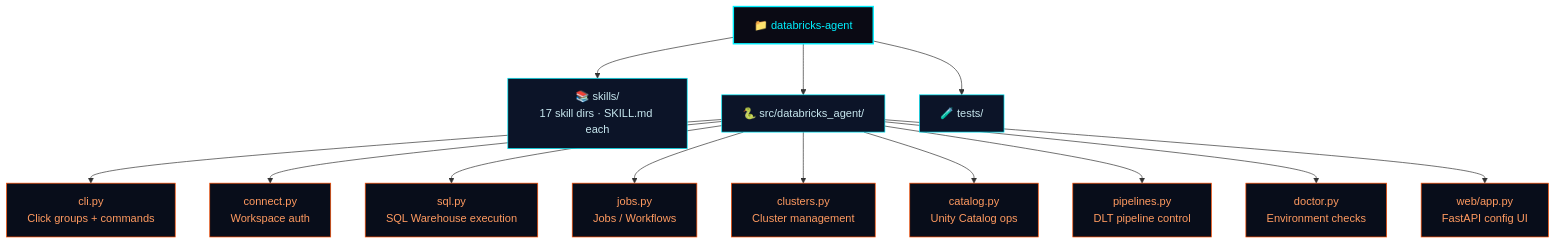
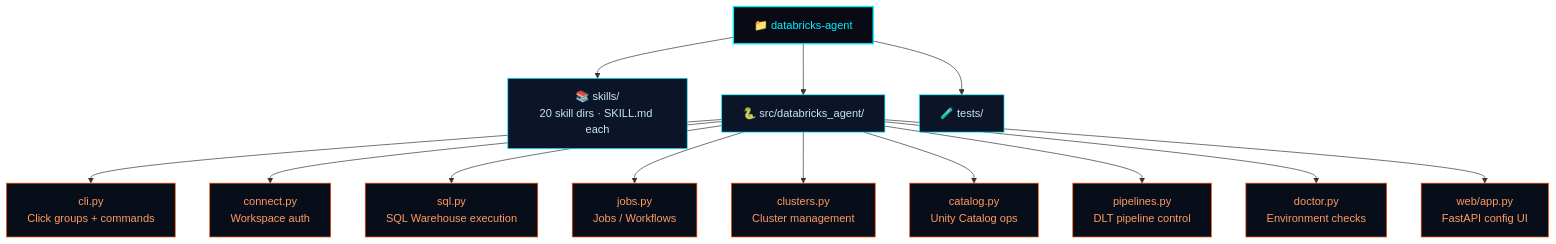
One commit to santoshkanthety/databricks-agent changed the sixth of 6 diagrams in README.md. Above: the diagram before and after it, drawn with Mermaid. The commit also changed other lines of this file and 7 other files, not shown here.

````diff
--- a/README.md
+++ b/README.md
@@ -448,22 +467,22 @@
 ```mermaid
 flowchart TD
     ROOT["📁 databricks-agent"]:::root
 
-    ROOT --> SKILLS["📚 skills/\n17 skill dirs · SKILL.md each"]:::layer
+    ROOT --> SKILLS["📚 skills/\n20 skill dirs · SKILL.md each"]:::layer
     ROOT --> SRC["🐍 src/databricks_agent/"]:::layer
     ROOT --> TESTS["🧪 tests/"]:::layer
 
     SRC --> CLI["cli.py\nClick groups + commands"]:::mod
     SRC --> CONN["connect.py\nWorkspace auth"]:::mod
     SRC --> SQLM["sql.py\nSQL Warehouse execution"]:::mod
     SRC --> JOBSM["jobs.py\nJobs / Workflows"]:::mod
     SRC --> CLUS["clusters.py\nCluster management"]:::mod
     SRC --> CAT["catalog.py\nUnity Catalog ops"]:::mod
     SRC --> PIPE["pipelines.py\nDLT pipeline control"]:::mod
     SRC --> DOC["doctor.py\nEnvironment checks"]:::mod
     SRC --> WEB["web/app.py\nFastAPI config UI"]:::mod
 
     classDef root fill:#0a0a14,color:#00f0ff,stroke:#00f0ff,stroke-width:2px
     classDef layer fill:#0c1428,color:#c8e8f0,stroke:#00f0ff,stroke-width:1px
     classDef mod fill:#080d1a,color:#ff9a60,stroke:#ff4e00,stroke-width:1px
 ```
````
